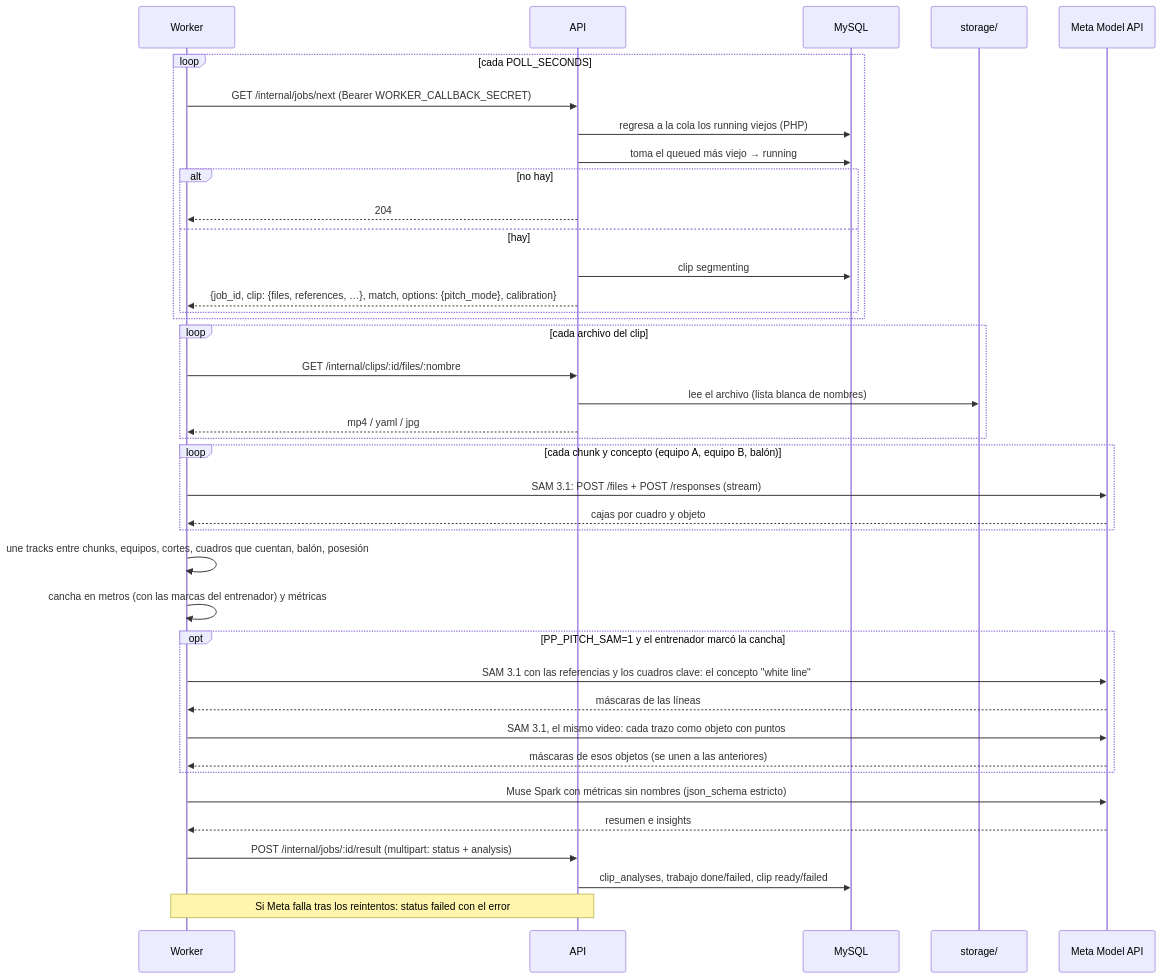
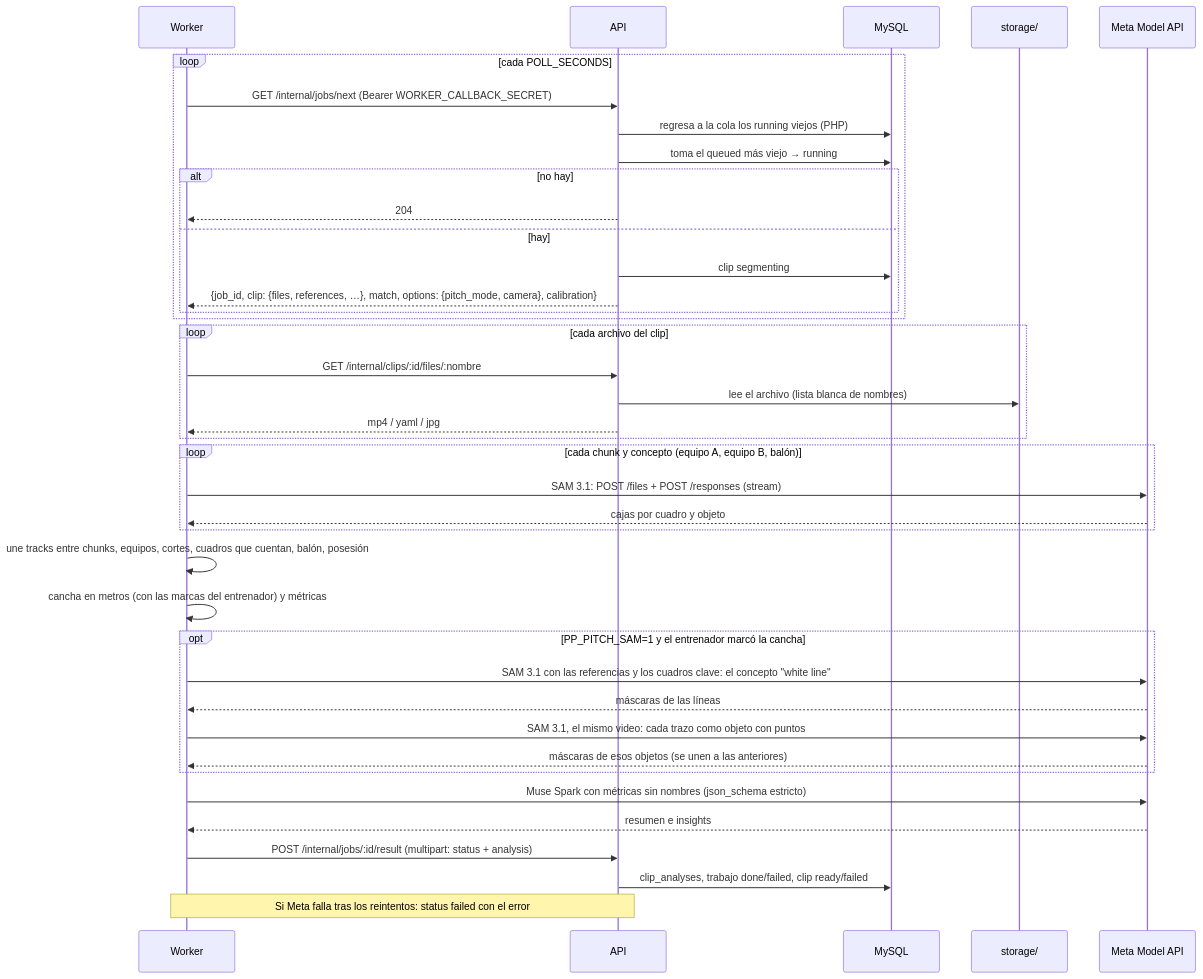
One commit to pepemxl/meta-ai-hackathon-2026 changed the sixth of 7 diagrams in docs/arquitectura/04-flujos.md. Above: the diagram before and after it, drawn with Mermaid. The commit also changed other lines of this file and 28 other files, not shown here.

````diff
--- a/docs/arquitectura/04-flujos.md
+++ b/docs/arquitectura/04-flujos.md
@@ -205,42 +205,42 @@
 ```mermaid
 sequenceDiagram
     participant W as Worker
     participant API as API
     participant DB as MySQL
     participant FS as storage/
     participant M as Meta Model API
 
     loop cada POLL_SECONDS
         W->>API: GET /internal/jobs/next (Bearer WORKER_CALLBACK_SECRET)
         API->>DB: regresa a la cola los running viejos (PHP)
         API->>DB: toma el queued más viejo → running
         alt no hay
             API-->>W: 204
         else hay
             API->>DB: clip segmenting
-            API-->>W: {job_id, clip: {files, references, …}, match, options: {pitch_mode}, calibration}
+            API-->>W: {job_id, clip: {files, references, …}, match, options: {pitch_mode, camera}, calibration}
         end
     end
     loop cada archivo del clip
         W->>API: GET /internal/clips/:id/files/:nombre
         API->>FS: lee el archivo (lista blanca de nombres)
         API-->>W: mp4 / yaml / jpg
     end
     loop cada chunk y concepto (equipo A, equipo B, balón)
         W->>M: SAM 3.1: POST /files + POST /responses (stream)
         M-->>W: cajas por cuadro y objeto
     end
     W->>W: une tracks entre chunks, equipos, cortes, cuadros que cuentan, balón, posesión
     W->>W: cancha en metros (con las marcas del entrenador) y métricas
     opt PP_PITCH_SAM=1 y el entrenador marcó la cancha
         W->>M: SAM 3.1 con las referencias y los cuadros clave: el concepto "white line"
         M-->>W: máscaras de las líneas
         W->>M: SAM 3.1, el mismo video: cada trazo como objeto con puntos
         M-->>W: máscaras de esos objetos (se unen a las anteriores)
     end
     W->>M: Muse Spark con métricas sin nombres (json_schema estricto)
     M-->>W: resumen e insights
     W->>API: POST /internal/jobs/:id/result (multipart: status + analysis)
     API->>DB: clip_analyses, trabajo done/failed, clip ready/failed
     Note over W,API: Si Meta falla tras los reintentos: status failed con el error
 ```
````
